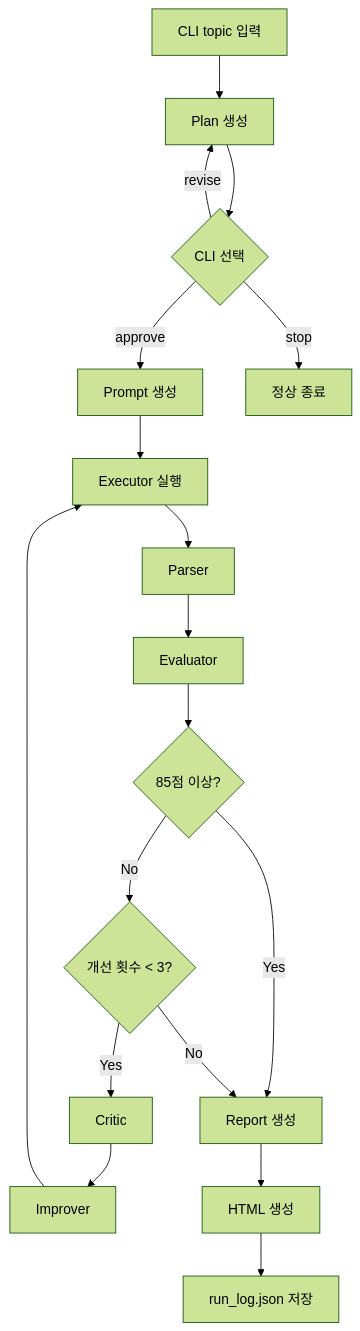
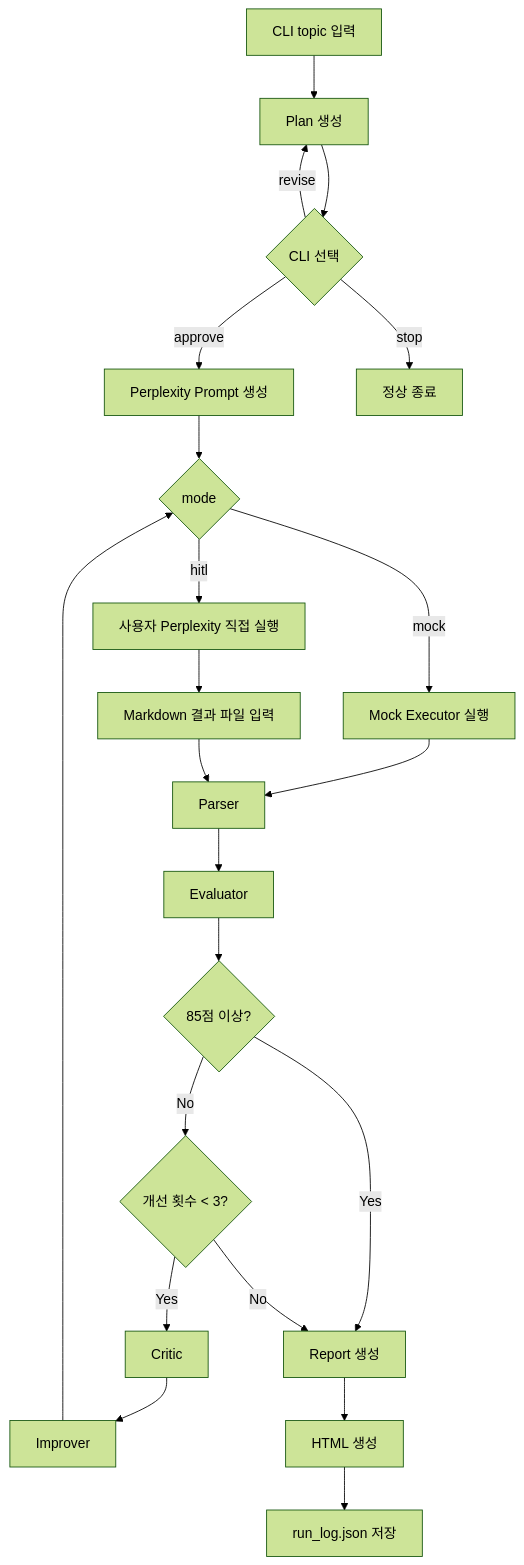
The diagram in docs/03-architecture.md (jh104kim/mas-perplexity-research-agent), drawn with Mermaid (forest theme) before and after one commit. The commit also changed other lines of this file and 48 other files, not shown here.

````diff
--- a/docs/03-architecture.md
+++ b/docs/03-architecture.md
@@ -59,20 +60,24 @@
 ```mermaid
 flowchart TD
   A["CLI topic 입력"] --> B["Plan 생성"]
   B --> C{"CLI 선택"}
-  C -->|approve| D["Prompt 생성"]
+  C -->|approve| D["Perplexity Prompt 생성"]
   C -->|revise| B
   C -->|stop| Z["정상 종료"]
-  D --> E["Executor 실행"]
-  E --> F["Parser"]
+  D --> E{"mode"}
+  E -->|mock| F1["Mock Executor 실행"]
+  E -->|hitl| F2["사용자 Perplexity 직접 실행"]
+  F2 --> F3["Markdown 결과 파일 입력"]
+  F1 --> F["Parser"]
+  F3 --> F["Parser"]
   F --> G["Evaluator"]
   G --> H{"85점 이상?"}
   H -->|Yes| I["Report 생성"]
   H -->|No| J{"개선 횟수 < 3?"}
   J -->|Yes| K["Critic"]
   K --> L["Improver"]
   L --> E
   J -->|No| I
   I --> M["HTML 생성"]
   M --> N["run_log.json 저장"]
 ```
````
